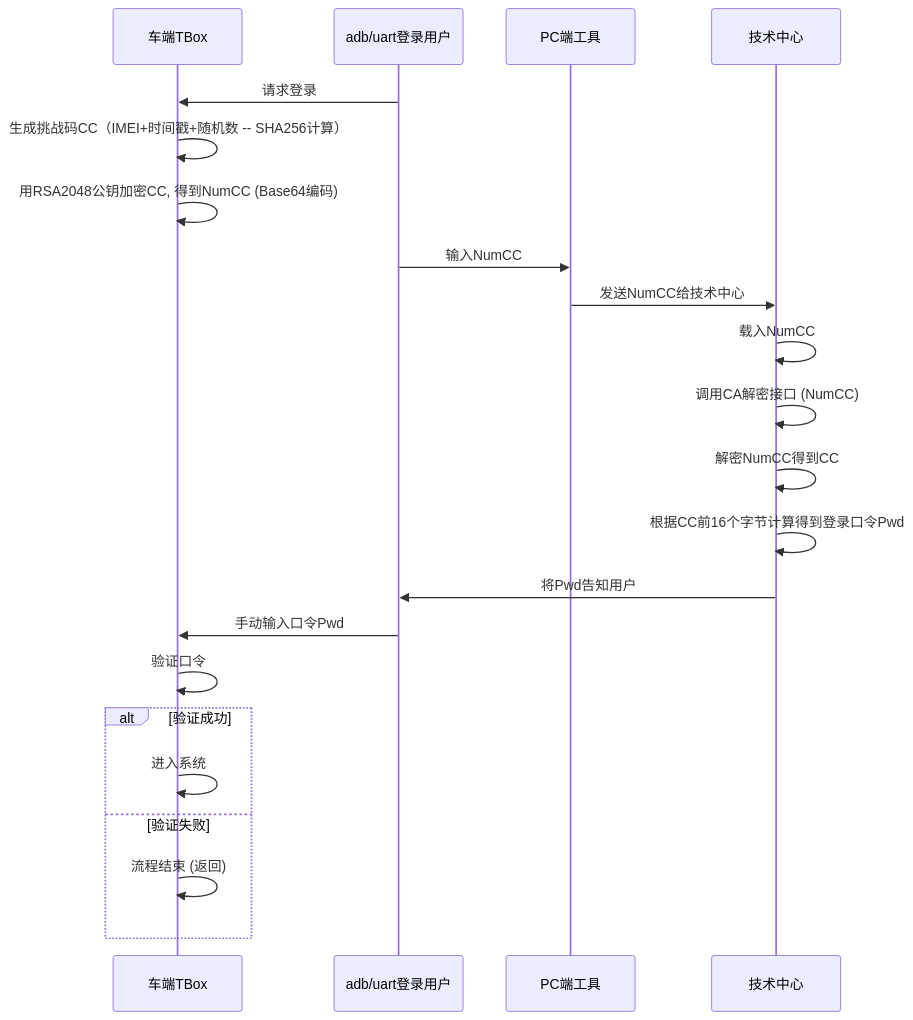
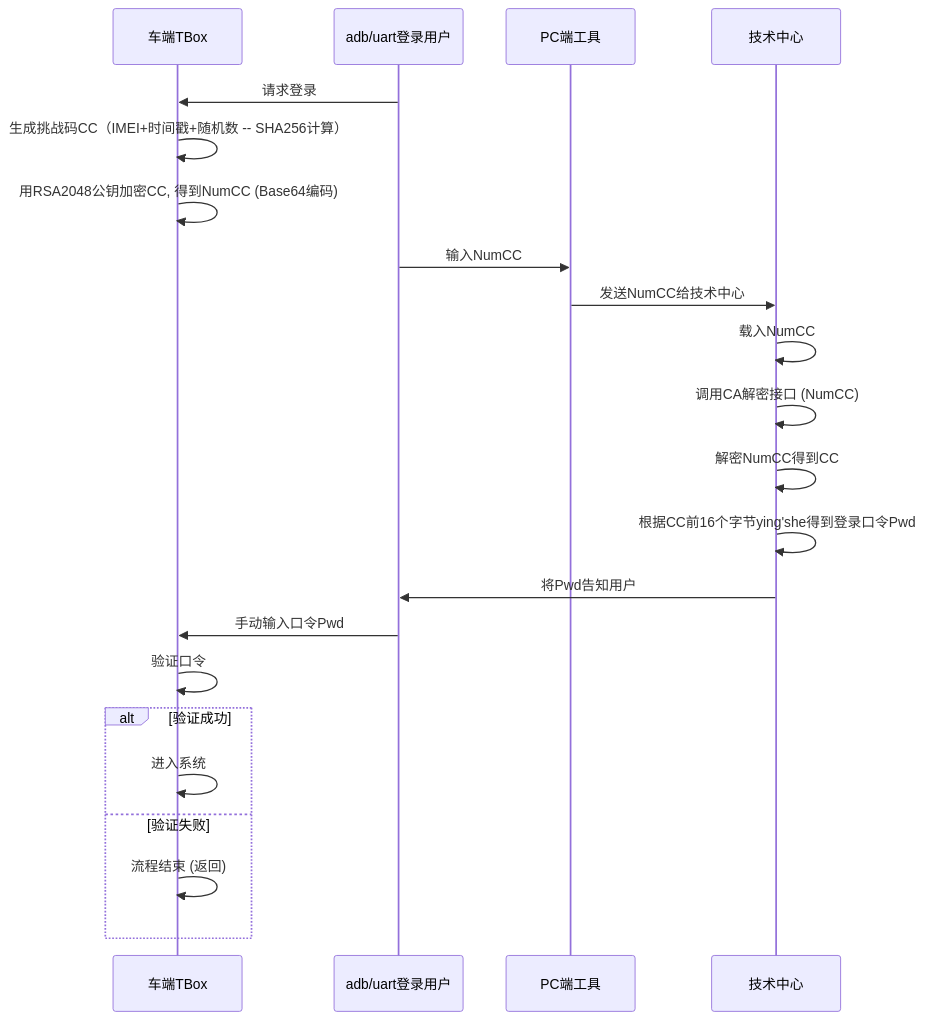
Before and after one commit to facebook-cloud/iodraw-files: the diagram in all/未命名-13.md, drawn with Mermaid.

Commit message:
2026-01-26 19:04:56 update

````diff
--- a/all/未命名-13.md
+++ b/all/未命名-13.md
@@ -1,28 +1,28 @@
 ```mermaid
 sequenceDiagram
     participant tbox as 车端TBox
     participant user as adb/uart登录用户
     participant pc as PC端工具
     participant tech_center as 技术中心
   
 
     user->>tbox: 请求登录
     tbox->>tbox: 生成挑战码CC（IMEI+时间戳+随机数 -- SHA256计算）
     tbox->>tbox: 用RSA2048公钥加密CC, 得到NumCC (Base64编码)
     user->>pc: 输入NumCC
     pc->>tech_center: 发送NumCC给技术中心
     tech_center->>tech_center: 载入NumCC
     tech_center->>tech_center: 调用CA解密接口 (NumCC)
     tech_center->>tech_center: 解密NumCC得到CC
-    tech_center->>tech_center: 根据CC前16个字节计算得到登录口令Pwd
+    tech_center->>tech_center: 根据CC前16个字节ying'she得到登录口令Pwd
     tech_center->>user: 将Pwd告知用户
     user->>tbox: 手动输入口令Pwd
     tbox->>tbox: 验证口令
     alt 验证成功
         tbox->>tbox: 进入系统
     else 验证失败
         tbox->>tbox: 流程结束 (返回)
     end
 
 
 ```
````
